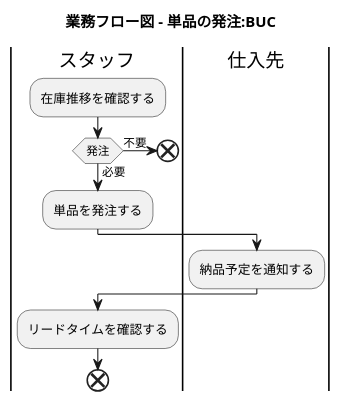
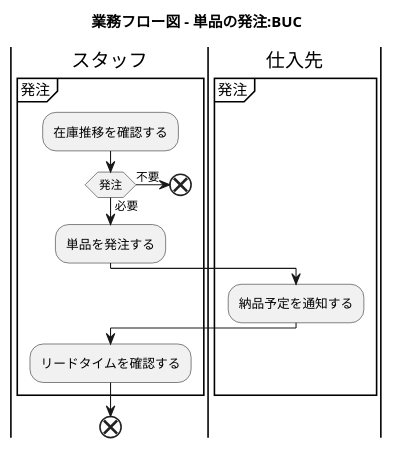
One commit to k2works/application_programing_excercise_2022 changed the tenth of 38 diagrams in docs/index.adoc. Above: the diagram before and after it, drawn with PlantUML. The commit also changed other lines of this file, not shown here.

Commit message:
docs: ユースケース複合図

```diff
--- a/docs/index.adoc
+++ b/docs/index.adoc
@@ -377,21 +385,24 @@
 [plantuml]
 ----
 @startuml
 
 title 業務フロー図 - 単品の発注:BUC
 
 |スタッフ|
+partition 発注 {
 :在庫推移を確認する;
 if (発注) then (不要)
  end
 else (必要)
  :単品を発注する;
  |仕入先|
  :納品予定を通知する;
  |スタッフ|
  :リードタイムを確認する;
 endif
+}
+
 end
 
 @enduml
 ----
```
